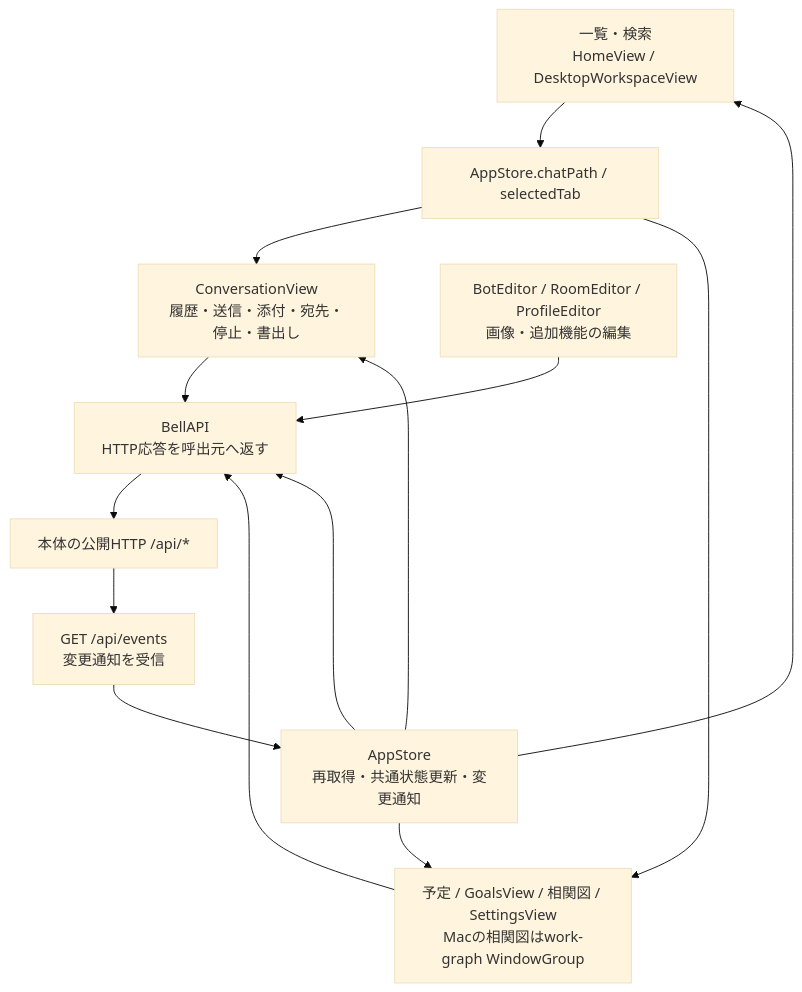
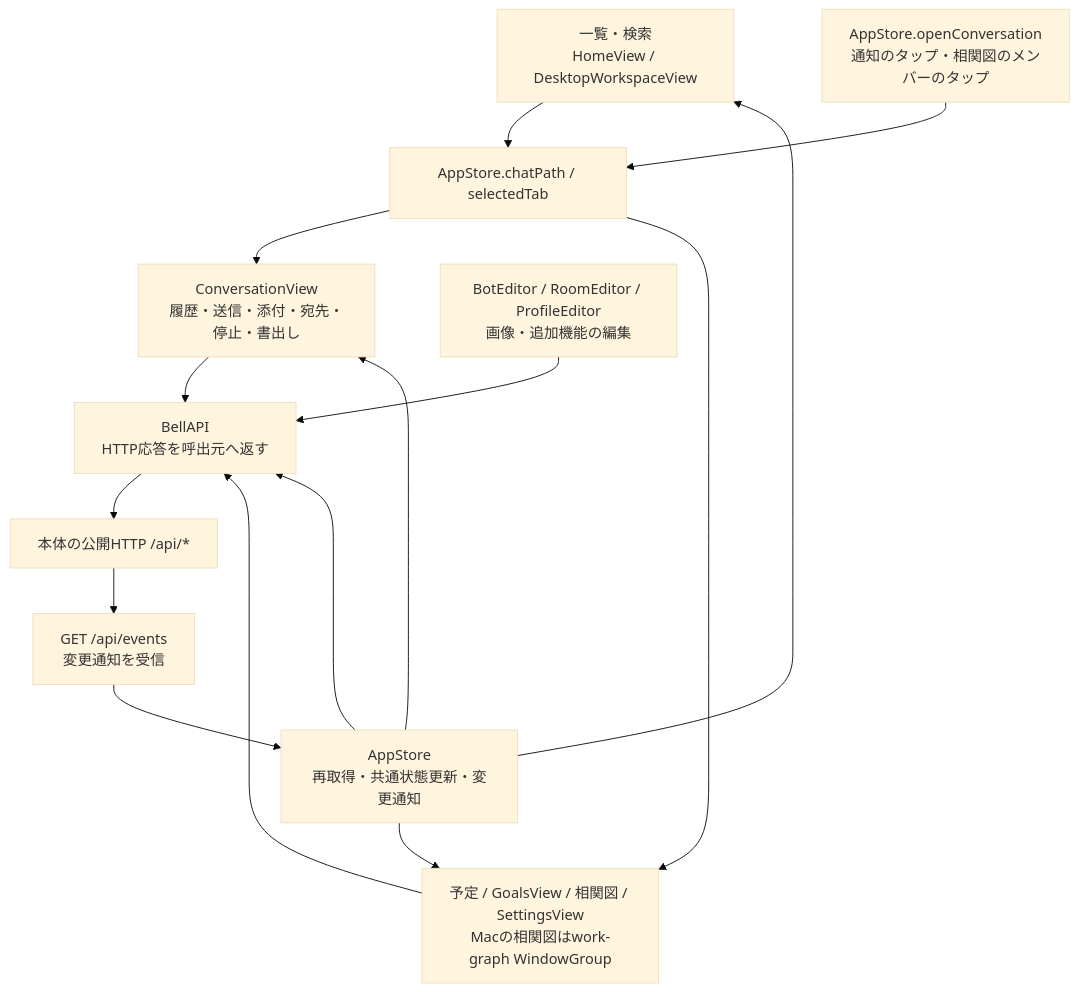
Before and after one commit to kitepon/BellTeam: the second of 3 diagrams in docs/architecture/modules/apple/overview.md, drawn with Mermaid (base theme). The commit also changed other lines of this file and 11 other files, not shown here.

First line of the commit message:
Apple work graph: tap a member to open their chat; chips decided once per edge

````diff
--- a/docs/architecture/modules/apple/overview.md
+++ b/docs/architecture/modules/apple/overview.md
@@ -29,16 +29,17 @@
 ```mermaid
 flowchart TD
   List["一覧・検索<br/>HomeView / DesktopWorkspaceView"] --> Selection["AppStore.chatPath / selectedTab"]
   Selection --> Chat["ConversationView<br/>履歴・送信・添付・宛先・停止・書出し"]
   Selection --> Pages["予定 / GoalsView / 相関図 / SettingsView<br/>Macの相関図はwork-graph WindowGroup"]
+  Open["AppStore.openConversation<br/>通知のタップ・相関図のメンバーのタップ"] --> Selection
   Edit["BotEditor / RoomEditor / ProfileEditor<br/>画像・追加機能の編集"] --> HTTP["BellAPI<br/>HTTP応答を呼出元へ返す"]
   Chat --> HTTP
   Pages --> HTTP
   HTTP --> Server["本体の公開HTTP /api/*"]
   Server --> Events["GET /api/events<br/>変更通知を受信"]
   Events --> Store["AppStore<br/>再取得・共通状態更新・変更通知"]
   Store --> List
   Store --> Chat
   Store --> Pages
   Store --> HTTP
 ```
````
